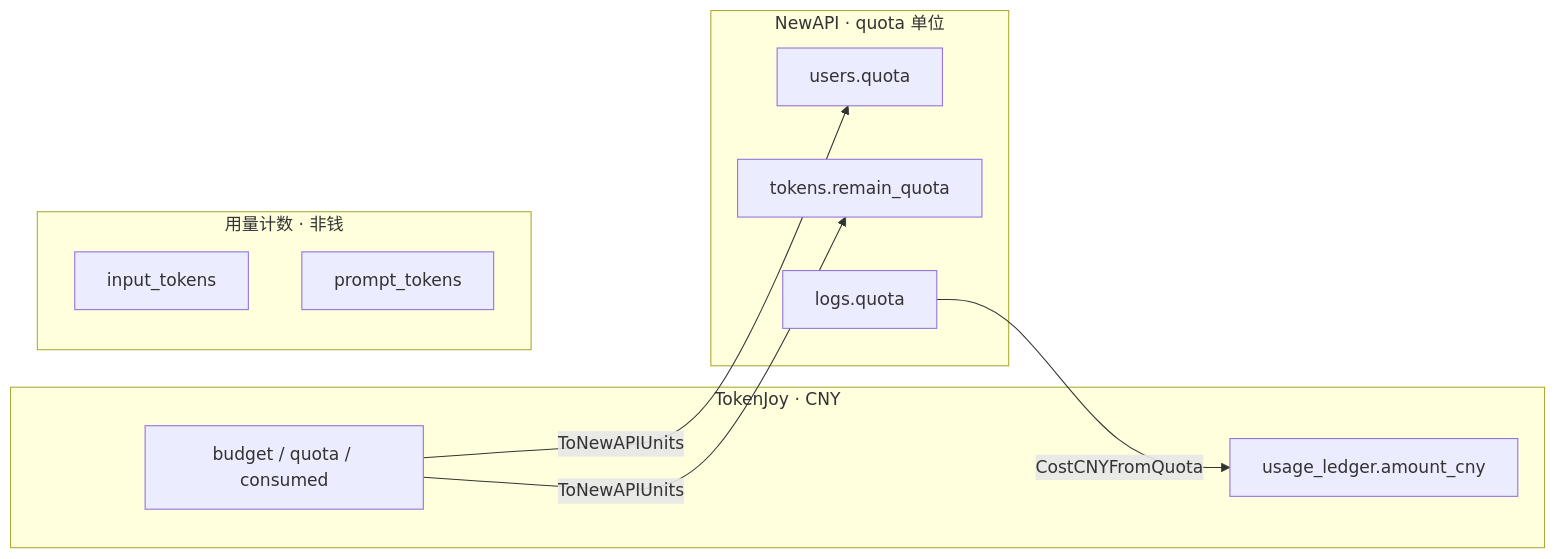
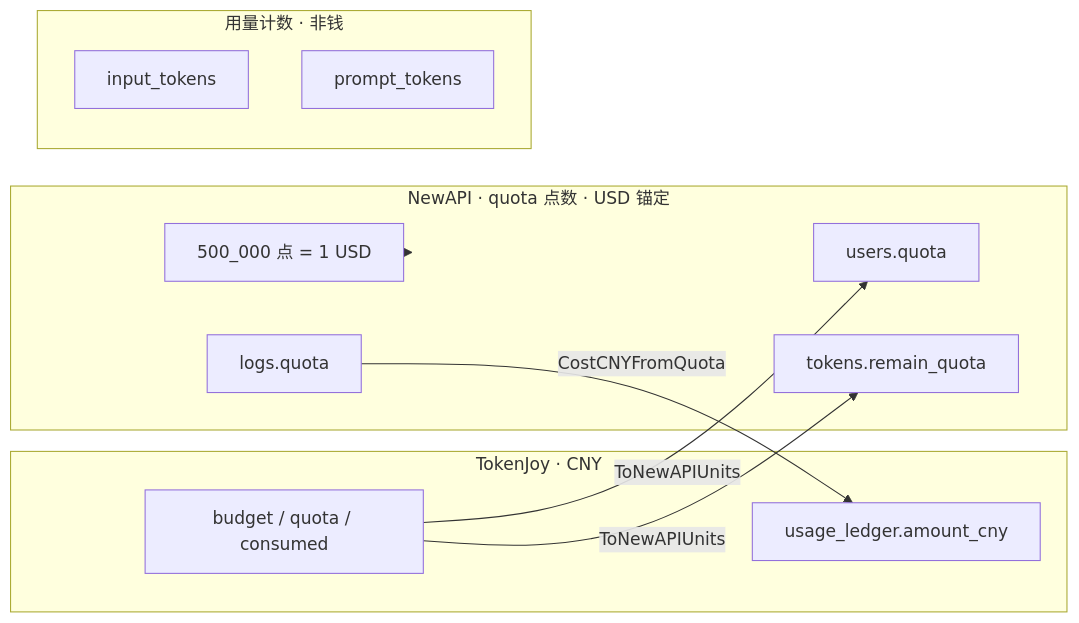
Before and after one commit to quyip8818/mytokenjoy: the first of 2 diagrams in docs/Backend-计费单位.md, drawn with Mermaid. The commit also changed other lines of this file and 16 other files, not shown here.

````diff
--- a/docs/Backend-计费单位.md
+++ b/docs/Backend-计费单位.md
@@ -17,22 +17,24 @@
 ```mermaid
 flowchart LR
   subgraph tj [TokenJoy · CNY]
     BUD[budget / quota / consumed]
     LED[usage_ledger.amount_cny]
   end
 
-  subgraph na [NewAPI · quota 单位]
+  subgraph na [NewAPI · quota 点数 · USD 锚定]
     WQ[users.quota]
     TQ[tokens.remain_quota]
     LQ[logs.quota]
+    USD["500_000 点 = 1 USD"]
   end
 
   subgraph tok [用量计数 · 非钱]
     IT[input_tokens]
     PT[prompt_tokens]
   end
 
+  USD -.-> na
   LQ -->|CostCNYFromQuota| LED
   BUD -->|ToNewAPIUnits| TQ
   BUD -->|ToNewAPIUnits| WQ
 ```
````
